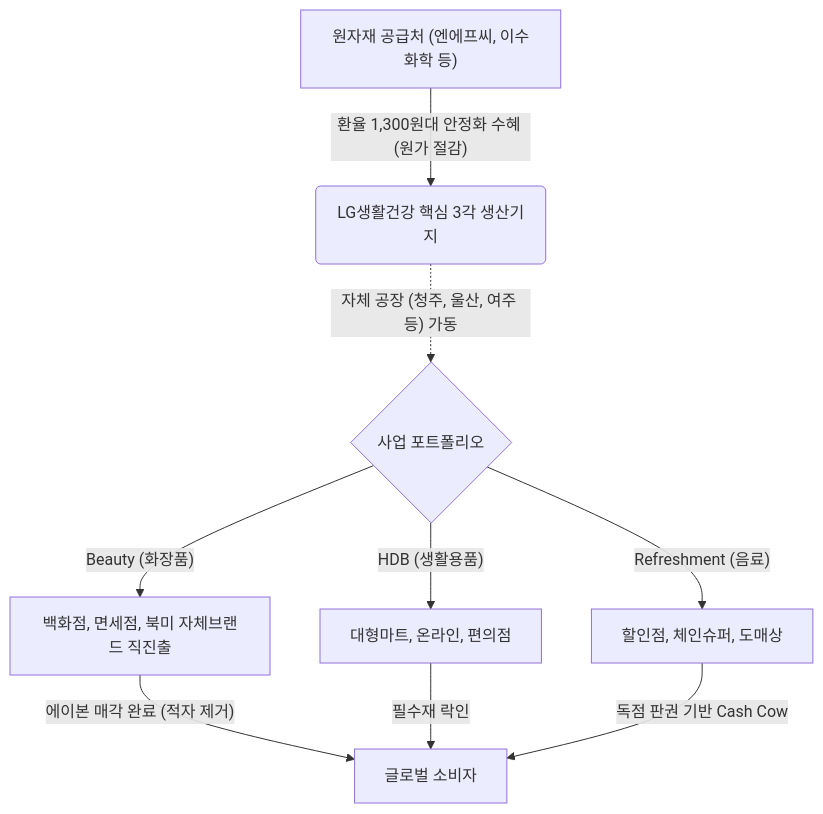
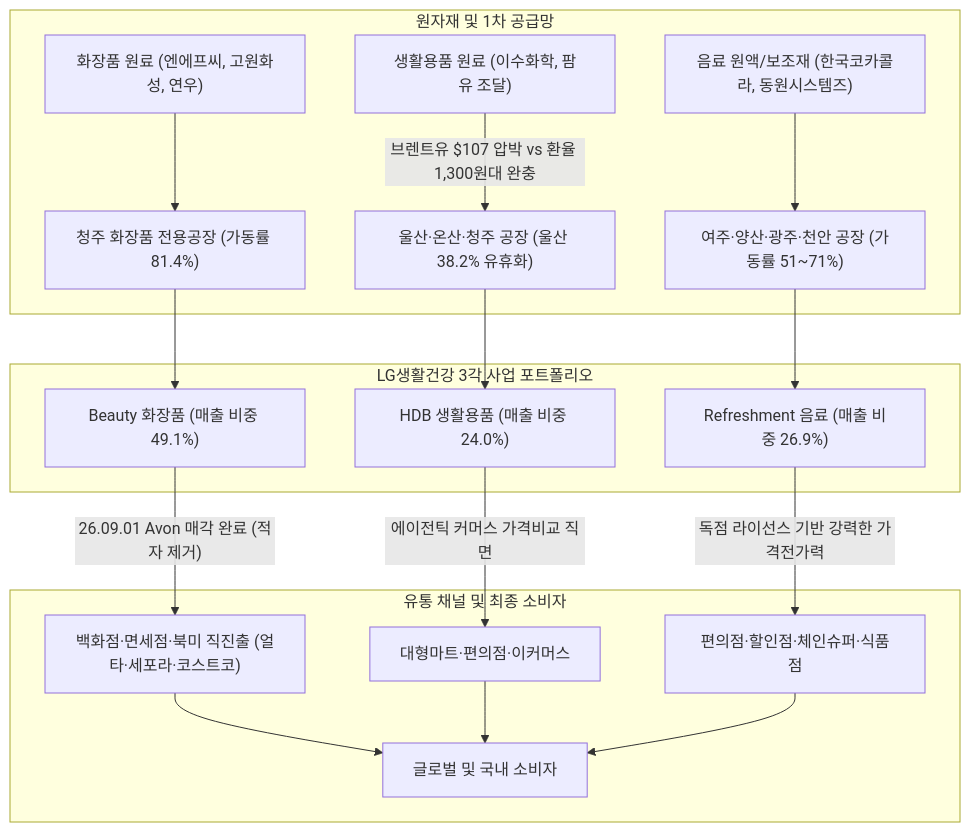
One commit to eve830521-cmd/my-skill changed the diagram in Stock_Research/LG생활건강/3_Final_Reports/Phase1_Report.md. Above: the diagram before and after it, drawn with Mermaid. The commit also changed other lines of this file and 44 other files, not shown here.

````diff
--- a/Stock_Research/LG생활건강/3_Final_Reports/Phase1_Report.md
+++ b/Stock_Research/LG생활건강/3_Final_Reports/Phase1_Report.md
@@ -18,11 +24,23 @@
 ```mermaid
-graph TD
-    A["원자재 공급처 (엔에프씨, 이수화학 등)"] -->|"환율 1,300원대 안정화 수혜 (원가 절감)"| B("LG생활건강 핵심 3각 생산기지")
-    B -. "자체 공장 (청주, 울산, 여주 등) 가동" .-> C{"사업 포트폴리오"}
-    C -->|"Beauty (화장품)"| D["백화점, 면세점, 북미 자체브랜드 직진출"]
-    C -->|"HDB (생활용품)"| E["대형마트, 온라인, 편의점"]
-    C -->|"Refreshment (음료)"| F["할인점, 체인슈퍼, 도매상"]
-    D -->|"에이본 매각 완료 (적자 제거)"| G["글로벌 소비자"]
-    E -->|"필수재 락인"| G
-    F -->|"독점 판권 기반 Cash Cow"| G
+flowchart TD
+    subgraph 원자재 및 1차 공급망
+        A1["화장품 원료 (엔에프씨, 고원화성, 연우)"] --> B1["청주 화장품 전용공장 (가동률 81.4%)"]
+        A2["생활용품 원료 (이수화학, 팜유 조달)"] -->|"브렌트유 $107 압박 vs 환율 1,300원대 완충"| B2["울산·온산·청주 공장 (울산 38.2% 유휴화)"]
+        A3["음료 원액/보조재 (한국코카콜라, 동원시스템즈)"] --> B3["여주·양산·광주·천안 공장 (가동률 51~71%)"]
+    end
+
+    subgraph LG생활건강 3각 사업 포트폴리오
+        B1 --> C1["Beauty 화장품 (매출 비중 49.1%)"]
+        B2 --> C2["HDB 생활용품 (매출 비중 24.0%)"]
+        B3 --> C3["Refreshment 음료 (매출 비중 26.9%)"]
+    end
+
+    subgraph 유통 채널 및 최종 소비자
+        C1 -->|"26.09.01 Avon 매각 완료 (적자 제거)"| D1["백화점·면세점·북미 직진출 (얼타·세포라·코스트코)"]
+        C2 -->|"에이전틱 커머스 가격비교 직면"| D2["대형마트·편의점·이커머스"]
+        C3 -->|"독점 라이선스 기반 강력한 가격전가력"| D3["편의점·할인점·체인슈퍼·식품점"]
+        D1 --> E["글로벌 및 국내 소비자"]
+        D2 --> E
+        D3 --> E
+    end
 ```
````
